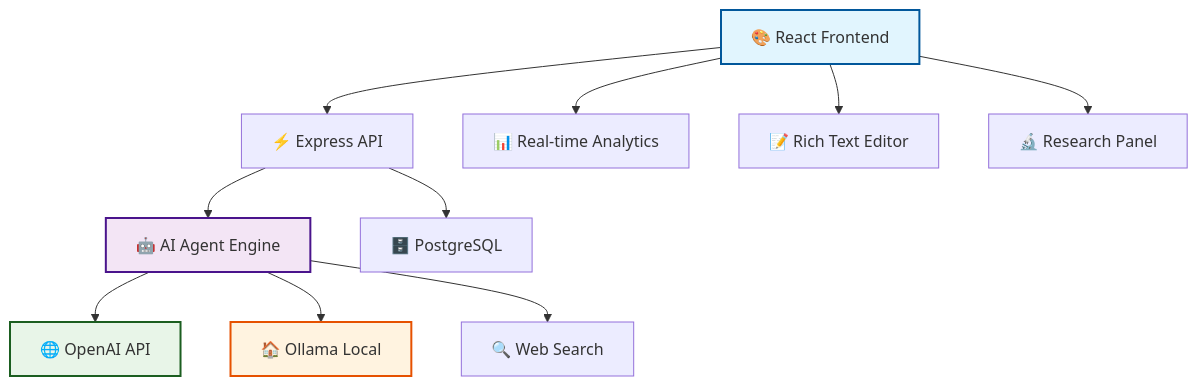
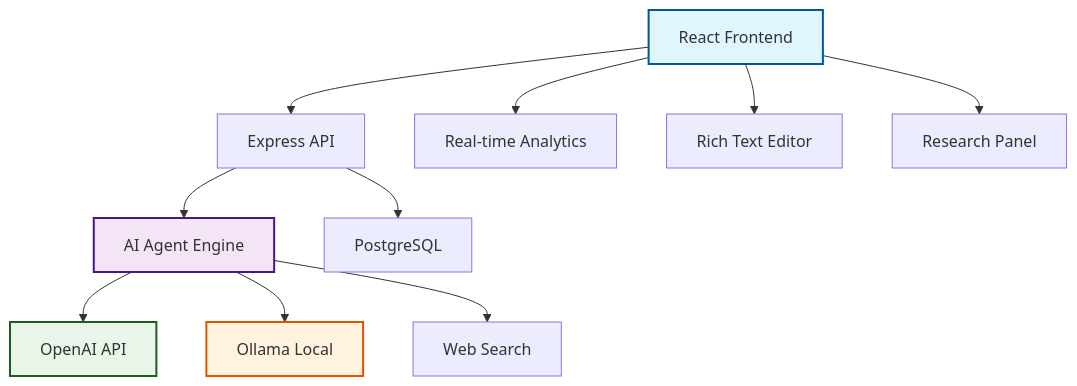
The diagram in README.md (0-CYBERDYNE-SYSTEMS-0/wordPlay), drawn with Mermaid before and after one commit. The commit also changed other lines of this file, not shown here.

````diff
--- a/README.md
+++ b/README.md
@@ -90,17 +90,17 @@
 ```mermaid
 graph TB
-    A[🎨 React Frontend] --> B[⚡ Express API]
-    B --> C[🤖 AI Agent Engine]
-    B --> D[🗄️ PostgreSQL]
-    C --> E[🌐 OpenAI API]
-    C --> F[🏠 Ollama Local]
-    C --> G[🔍 Web Search]
-    A --> H[📊 Real-time Analytics]
-    A --> I[📝 Rich Text Editor]
-    A --> J[🔬 Research Panel]
+    A[ React Frontend] --> B[ Express API]
+    B --> C[ AI Agent Engine]
+    B --> D[ PostgreSQL]
+    C --> E[ OpenAI API]
+    C --> F[ Ollama Local]
+    C --> G[ Web Search]
+    A --> H[ Real-time Analytics]
+    A --> I[ Rich Text Editor]
+    A --> J[ Research Panel]
     
     style A fill:#e1f5fe,stroke:#01579b,stroke-width:2px
     style C fill:#f3e5f5,stroke:#4a148c,stroke-width:2px
     style E fill:#e8f5e8,stroke:#1b5e20,stroke-width:2px
     style F fill:#fff3e0,stroke:#e65100,stroke-width:2px
 ```
````
